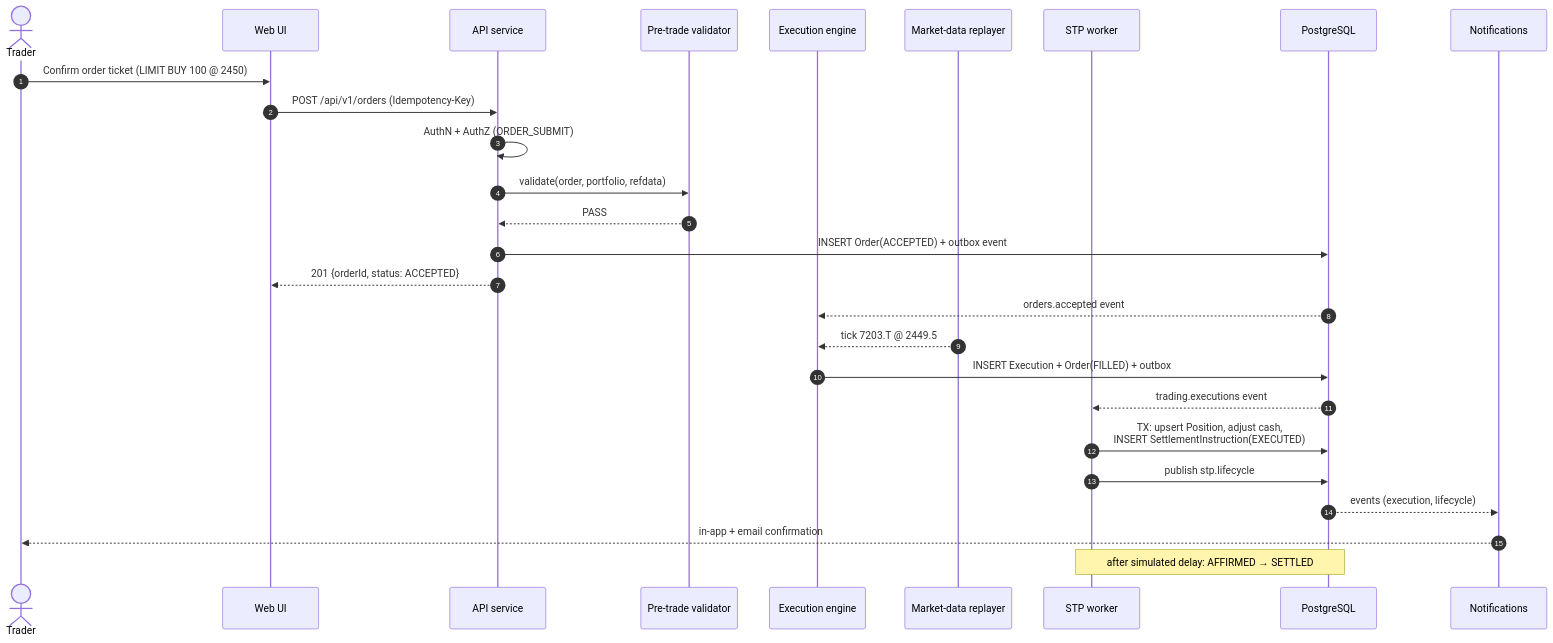
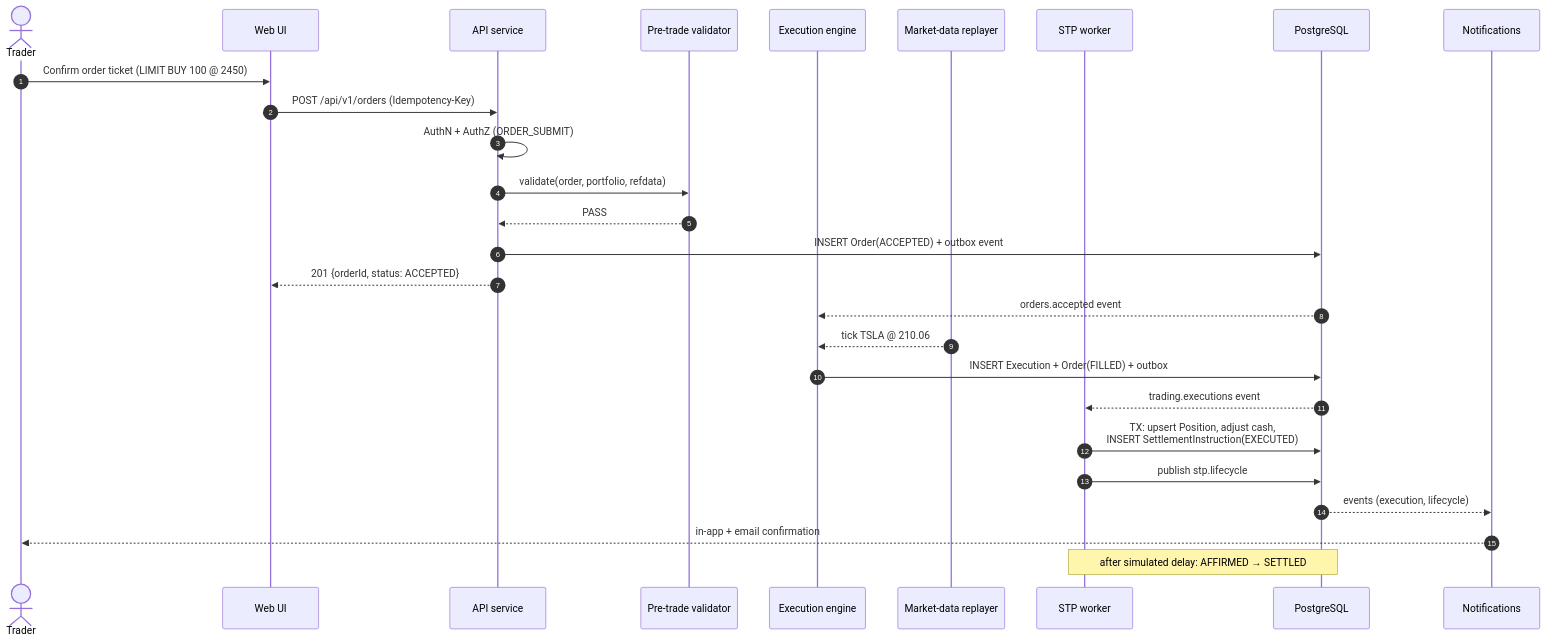
One commit to rei-99/NomuTrade changed the second of 2 diagrams in docs/design/02-order-execution-stp.md. Above: the diagram before and after it, drawn with Mermaid. The commit also changed 65 other files, not shown here.

````diff
--- a/docs/design/02-order-execution-stp.md
+++ b/docs/design/02-order-execution-stp.md
@@ -52,30 +52,30 @@
 ```mermaid
 sequenceDiagram
     autonumber
     actor T as Trader
     participant UI as Web UI
     participant API as API service
     participant VAL as Pre-trade validator
     participant EX as Execution engine
     participant MD as Market-data replayer
     participant STP as STP worker
     participant DB as PostgreSQL
     participant N as Notifications
 
     T->>UI: Confirm order ticket (LIMIT BUY 100 @ 2450)
     UI->>API: POST /api/v1/orders (Idempotency-Key)
     API->>API: AuthN + AuthZ (ORDER_SUBMIT)
     API->>VAL: validate(order, portfolio, refdata)
     VAL-->>API: PASS
     API->>DB: INSERT Order(ACCEPTED) + outbox event
     API-->>UI: 201 {orderId, status: ACCEPTED}
     DB-->>EX: orders.accepted event
-    MD-->>EX: tick 7203.T @ 2449.5
+    MD-->>EX: tick TSLA @ 210.06
     EX->>DB: INSERT Execution + Order(FILLED) + outbox
     DB-->>STP: trading.executions event
     STP->>DB: TX: upsert Position, adjust cash,<br/>INSERT SettlementInstruction(EXECUTED)
     STP->>DB: publish stp.lifecycle
     DB-->>N: events (execution, lifecycle)
     N-->>T: in-app + email confirmation
     Note over STP,DB: after simulated delay: AFFIRMED → SETTLED
 ```
````
